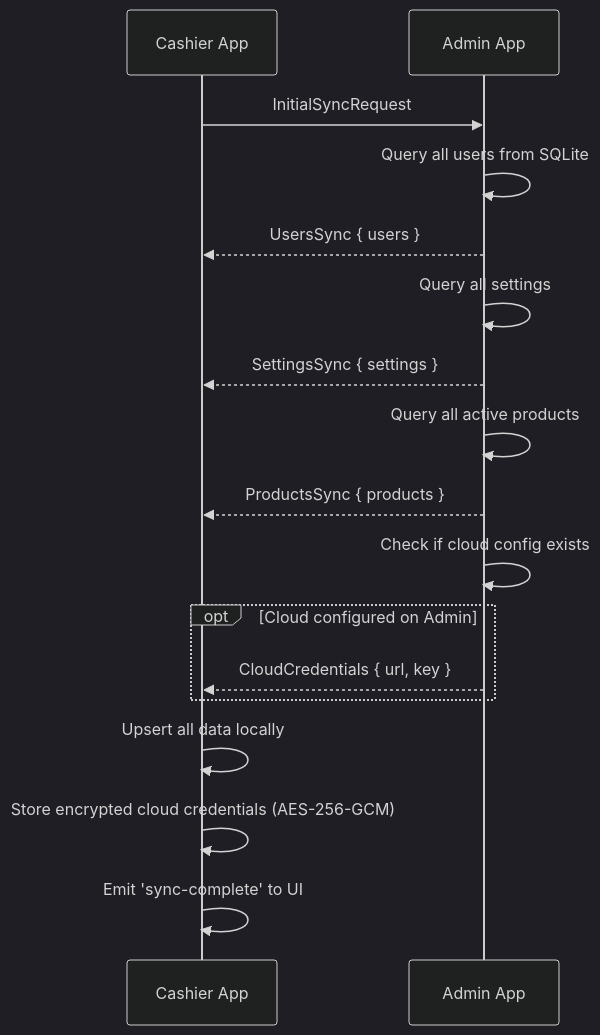
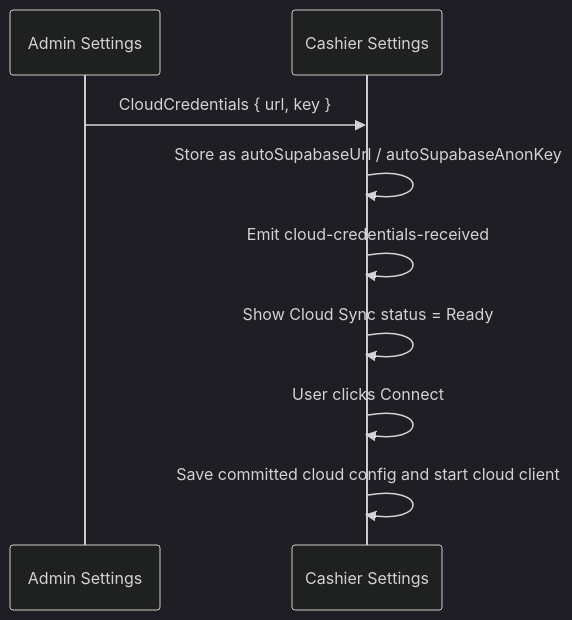
Before and after one commit to BootlegYouki/at-iba-pa-pos: the seventh of 7 diagrams in docs/04-networking.md, drawn with Mermaid (dark theme). The commit also changed other lines of this file and 10 other files, not shown here.

First line of the commit message:
Refactor user guide and database schema documentation; enhance export reports feature

````diff
--- a/docs/04-networking.md
+++ b/docs/04-networking.md
@@ -226,20 +208,12 @@
 ```mermaid
 sequenceDiagram
-    participant Cashier as Cashier App
-    participant Admin as Admin App
+    participant Admin as Admin Settings
+    participant Cashier as Cashier Settings
 
-    Cashier->>Admin: InitialSyncRequest
-    Admin->>Admin: Query all users from SQLite
-    Admin-->>Cashier: UsersSync { users }
-    Admin->>Admin: Query all settings
-    Admin-->>Cashier: SettingsSync { settings }
-    Admin->>Admin: Query all active products
-    Admin-->>Cashier: ProductsSync { products }
-    Admin->>Admin: Check if cloud config exists
-    opt Cloud configured on Admin
-        Admin-->>Cashier: CloudCredentials { url, key }
-    end
-    Cashier->>Cashier: Upsert all data locally
-    Cashier->>Cashier: Store encrypted cloud credentials (AES-256-GCM)
-    Cashier->>Cashier: Emit 'sync-complete' to UI
+    Admin->>Cashier: CloudCredentials { url, key }
+    Cashier->>Cashier: Store as autoSupabaseUrl / autoSupabaseAnonKey
+    Cashier->>Cashier: Emit cloud-credentials-received
+    Cashier->>Cashier: Show Cloud Sync status = Ready
+    Cashier->>Cashier: User clicks Connect
+    Cashier->>Cashier: Save committed cloud config and start cloud client
 ```
````
